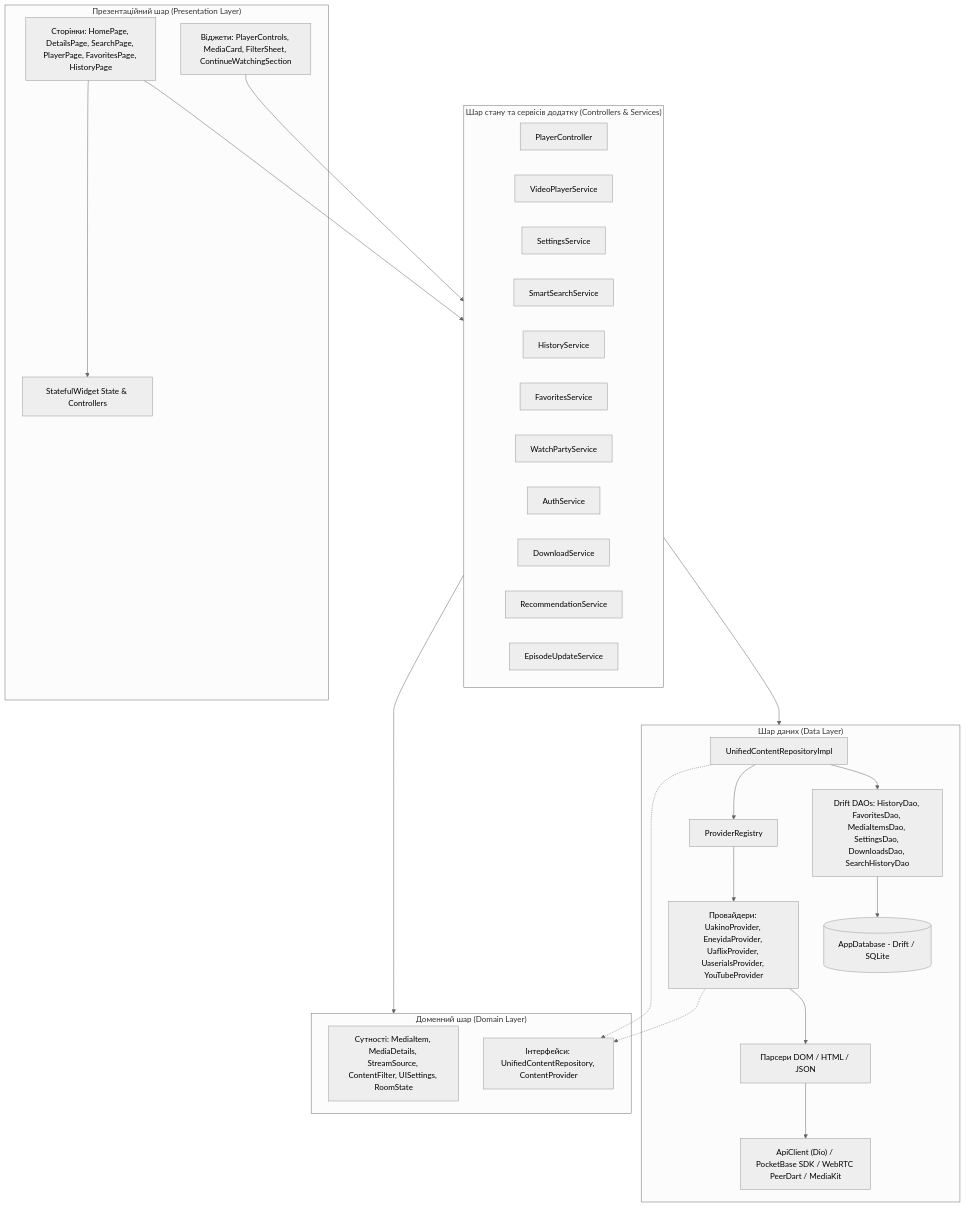
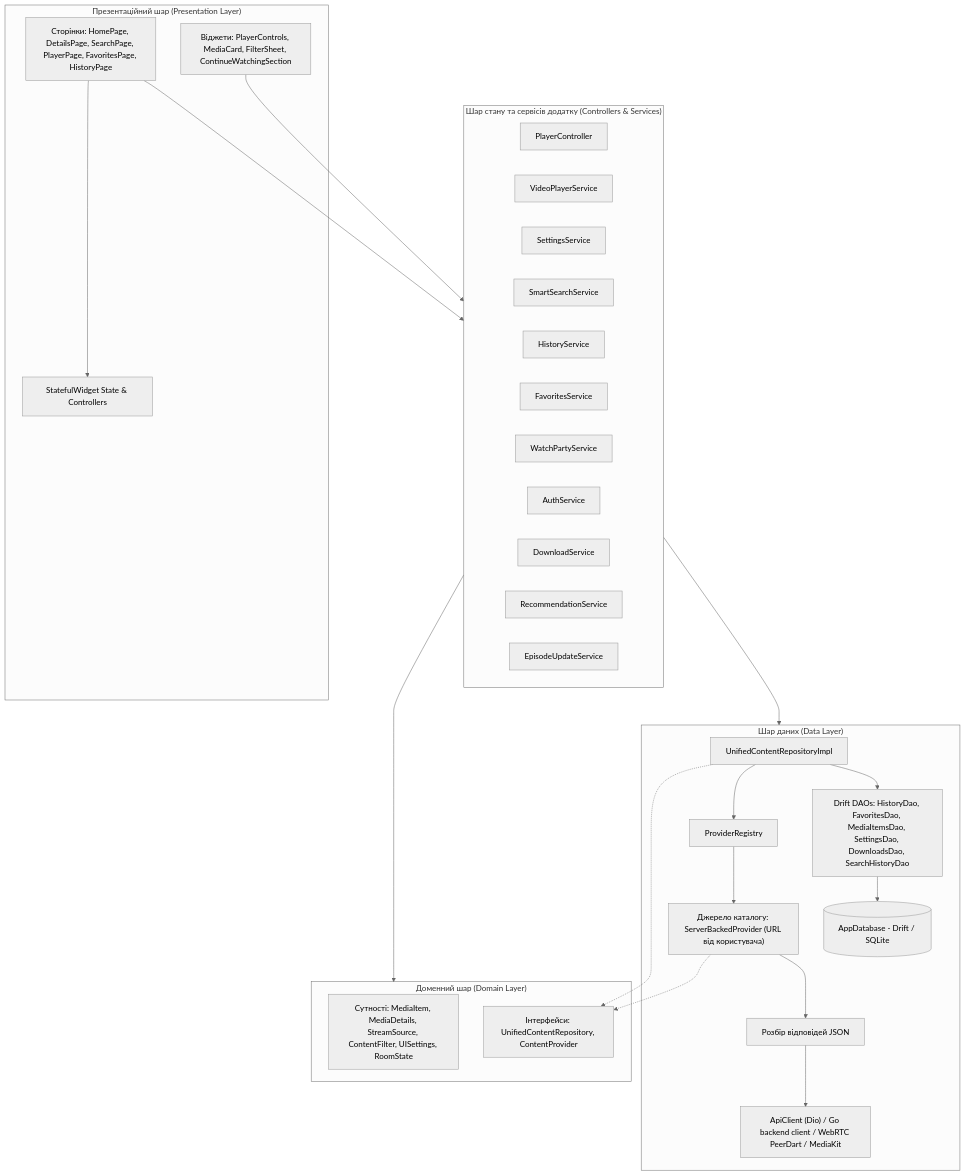
The first of 11 diagrams in docs/05_STATE_MANAGEMENT_AND_WORKFLOWS.md (edhases/kadrbox), drawn with Mermaid (neutral theme) before and after one commit. The commit also changed other lines of this file and 17 other files, not shown here.

````diff
--- a/docs/05_STATE_MANAGEMENT_AND_WORKFLOWS.md
+++ b/docs/05_STATE_MANAGEMENT_AND_WORKFLOWS.md
@@ -28,51 +28,51 @@
 ```mermaid
 flowchart TD
     subgraph PresentationLayer ["Презентаційний шар (Presentation Layer)"]
         UI_Pages["Сторінки: HomePage, DetailsPage, SearchPage, PlayerPage, FavoritesPage, HistoryPage"]
         UI_Widgets["Віджети: PlayerControls, MediaCard, FilterSheet, ContinueWatchingSection"]
         LocalState["StatefulWidget State & Controllers"]
     end
 
     subgraph ControllersServices ["Шар стану та сервісів додатку (Controllers & Services)"]
         PC[PlayerController]
         VPS[VideoPlayerService]
         SS[SettingsService]
         SSS[SmartSearchService]
         HS[HistoryService]
         FS[FavoritesService]
         WPS[WatchPartyService]
         AS[AuthService]
         DS[DownloadService]
         RS[RecommendationService]
         EUS[EpisodeUpdateService]
     end
 
     subgraph DomainLayer ["Доменний шар (Domain Layer)"]
         Entities["Сутності: MediaItem, MediaDetails, StreamSource, ContentFilter, UISettings, RoomState"]
         Repos["Інтерфейси: UnifiedContentRepository, ContentProvider"]
     end
 
     subgraph DataLayer ["Шар даних (Data Layer)"]
         UCRI[UnifiedContentRepositoryImpl]
         PR[ProviderRegistry]
-        Providers["Провайдери: UakinoProvider, EneyidaProvider, UaflixProvider, UaserialsProvider, YouTubeProvider"]
-        Parsers["Парсери DOM / HTML / JSON"]
+        Providers["Джерело каталогу: ServerBackedProvider (URL від користувача)"]
+        Parsers["Розбір відповідей JSON"]
         DAOs["Drift DAOs: HistoryDao, FavoritesDao, MediaItemsDao, SettingsDao, DownloadsDao, SearchHistoryDao"]
         AppDB[(AppDatabase - Drift / SQLite)]
-        Network["ApiClient (Dio) / PocketBase SDK / WebRTC PeerDart / MediaKit"]
+        Network["ApiClient (Dio) / Go backend client / WebRTC PeerDart / MediaKit"]
     end
 
     UI_Pages --> ControllersServices
     UI_Widgets --> ControllersServices
     UI_Pages --> LocalState
     ControllersServices --> DomainLayer
     ControllersServices --> DataLayer
     UCRI -.-> Repos
     Providers -.-> Repos
     UCRI --> PR
     UCRI --> DAOs
     PR --> Providers
     Providers --> Parsers
     Parsers --> Network
     DAOs --> AppDB
 ```
````
